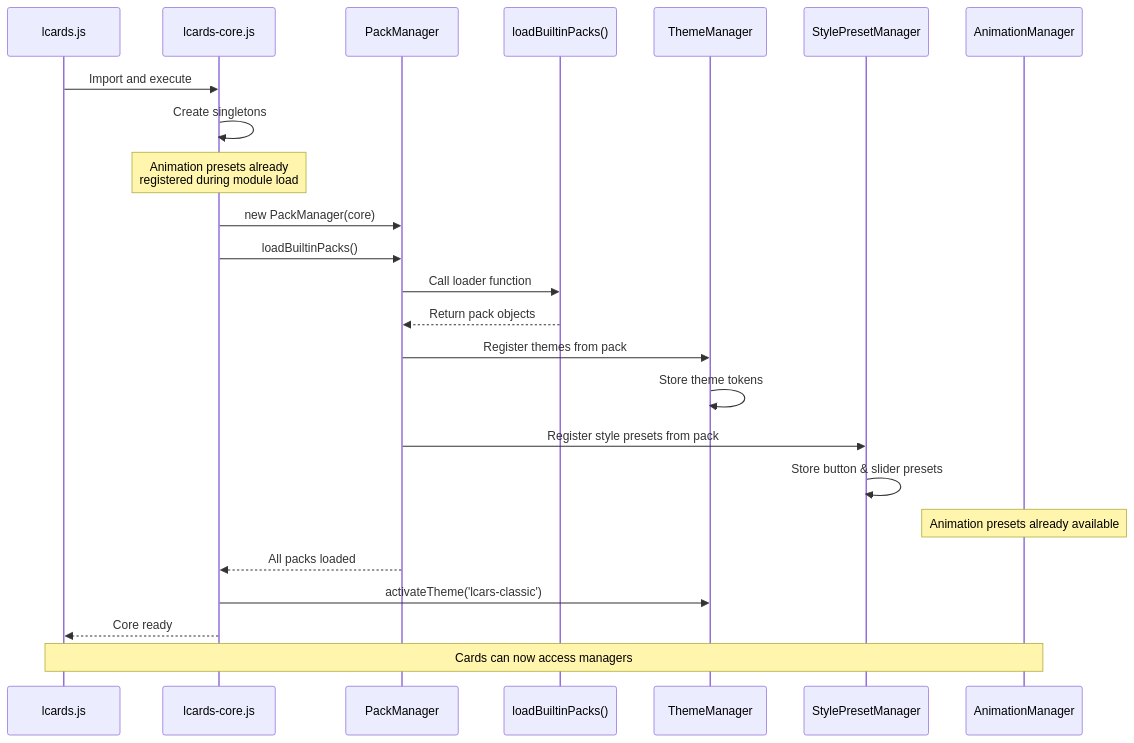
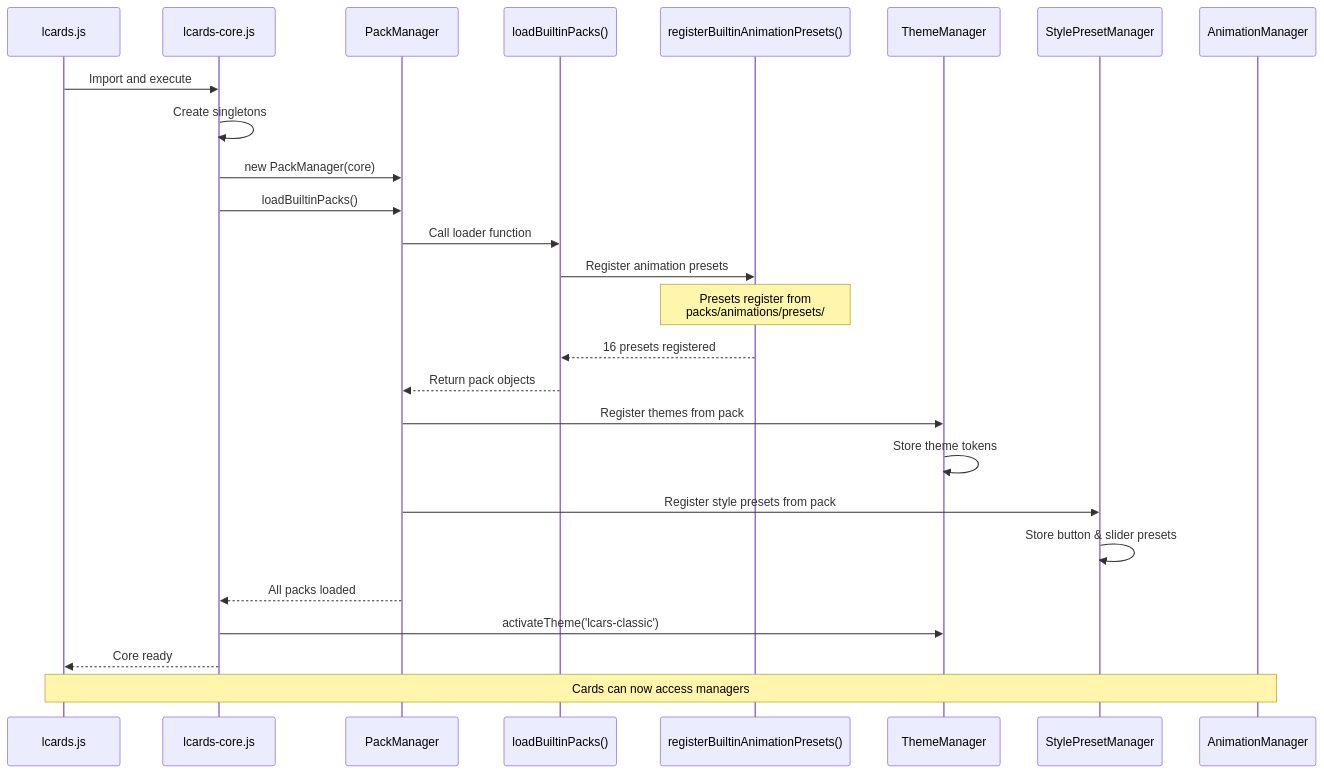
One commit to snootched/lcards changed the second of 2 diagrams in doc/architecture/pack-system-guide.md. Above: the diagram before and after it, drawn with Mermaid. The commit also changed other lines of this file, not shown here.

````diff
--- a/doc/architecture/pack-system-guide.md
+++ b/doc/architecture/pack-system-guide.md
@@ -499,33 +579,34 @@
 ```mermaid
 sequenceDiagram
     participant LC as lcards.js
     participant CORE as lcards-core.js
     participant PM as PackManager
     participant LP as loadBuiltinPacks()
+    participant RAP as registerBuiltinAnimationPresets()
     participant TM as ThemeManager
     participant SPM as StylePresetManager
     participant AM as AnimationManager
 
     LC->>CORE: Import and execute
     CORE->>CORE: Create singletons
-    Note over CORE: Animation presets already<br>registered during module load
     CORE->>PM: new PackManager(core)
     CORE->>PM: loadBuiltinPacks()
     
     PM->>LP: Call loader function
+    LP->>RAP: Register animation presets
+    Note over RAP: Presets register from<br>packs/animations/presets/
+    RAP-->>LP: 16 presets registered
     LP-->>PM: Return pack objects
     
     PM->>TM: Register themes from pack
     TM->>TM: Store theme tokens
     
     PM->>SPM: Register style presets from pack
     SPM->>SPM: Store button & slider presets
     
-    Note over AM: Animation presets already available
-    
     PM-->>CORE: All packs loaded
     CORE->>TM: activateTheme('lcars-classic')
     CORE-->>LC: Core ready
     
     Note over LC,AM: Cards can now access managers
 ```
````
